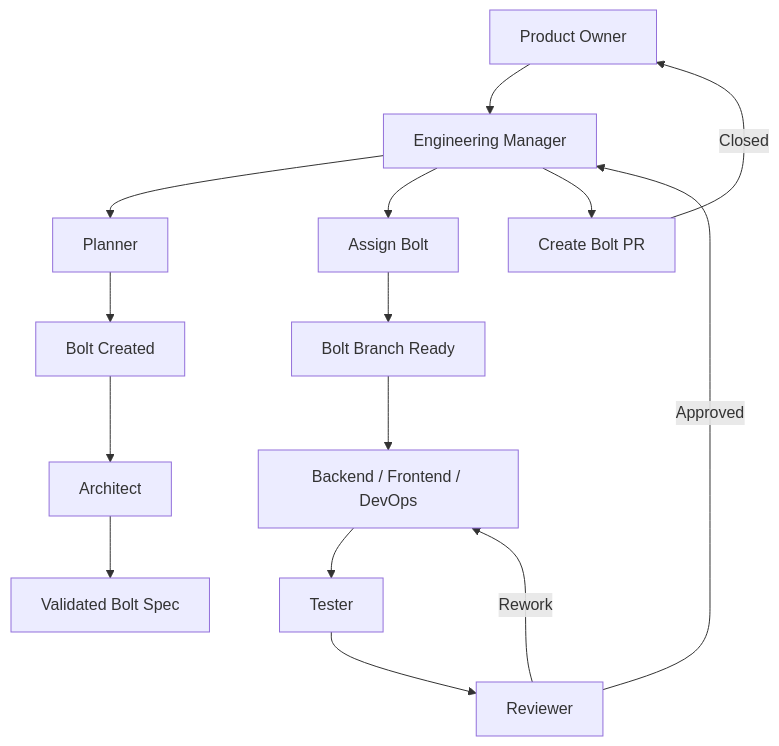
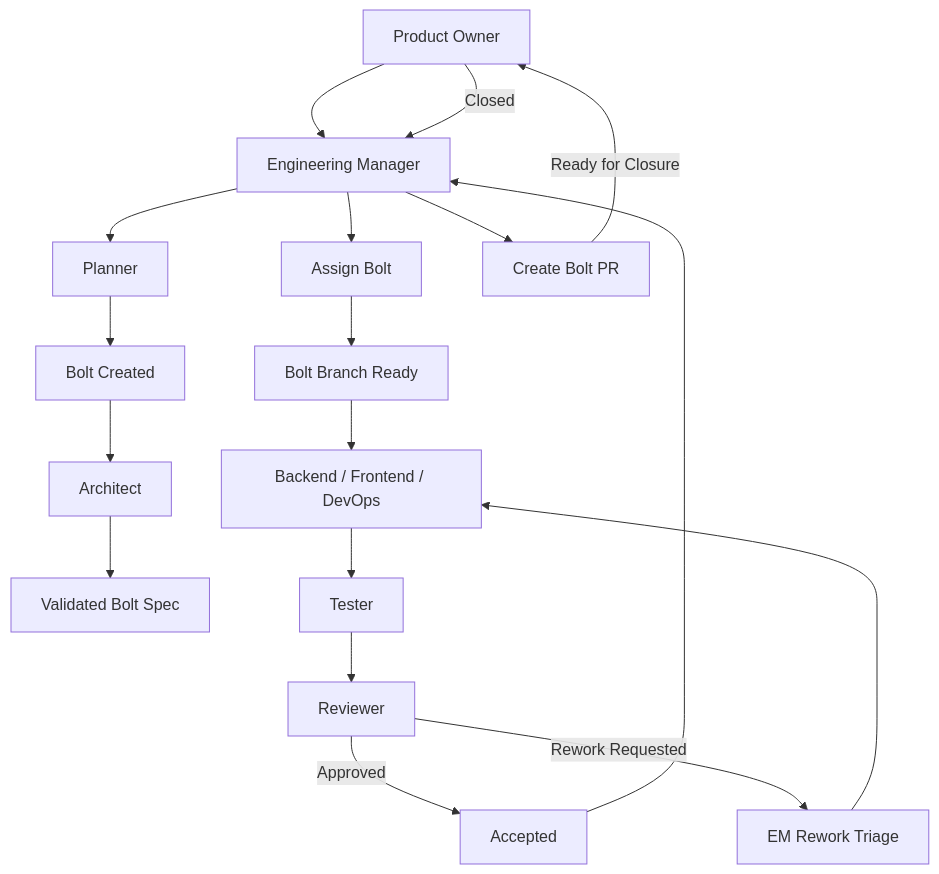
One commit to fr4gus/ai-engineering-framework-poc changed the first of 2 diagrams in docs/009-agent-workflow.md. Above: the diagram before and after it, drawn with Mermaid. The commit also changed other lines of this file and 112 other files, not shown here.

````diff
--- a/docs/009-agent-workflow.md
+++ b/docs/009-agent-workflow.md
@@ -36,25 +36,28 @@
 ```mermaid
 flowchart TD
 
 PO[Product Owner] --> EM[Engineering Manager]
 
 EM --> PL[Planner]
 PL --> BOLT[Bolt Created]
 
 BOLT --> ARCH[Architect]
 ARCH --> BOLT_APPROVED[Validated Bolt Spec]
 
 EM --> ASSIGN[Assign Bolt]
 
 ASSIGN --> BRANCH[Bolt Branch Ready]
 BRANCH --> DEV[Backend / Frontend / DevOps]
 
 DEV --> TEST[Tester]
 TEST --> REVIEWER[Reviewer]
 
-REVIEWER -->|Approved| EM
-REVIEWER -->|Rework| DEV
+REVIEWER -->|Approved| ACCEPTED[Accepted]
+REVIEWER -->|Rework Requested| EM_REWORK[EM Rework Triage]
+EM_REWORK --> DEV
 
+ACCEPTED --> EM
 EM --> PR[Create Bolt PR]
-PR -->|Closed| PO
+PR -->|Ready for Closure| PO
+PO -->|Closed| EM
 ```
````
